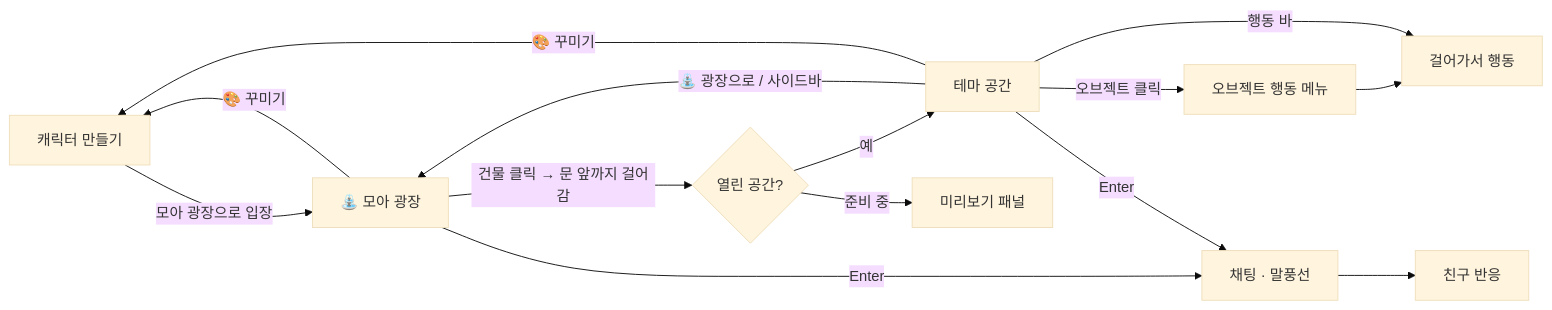
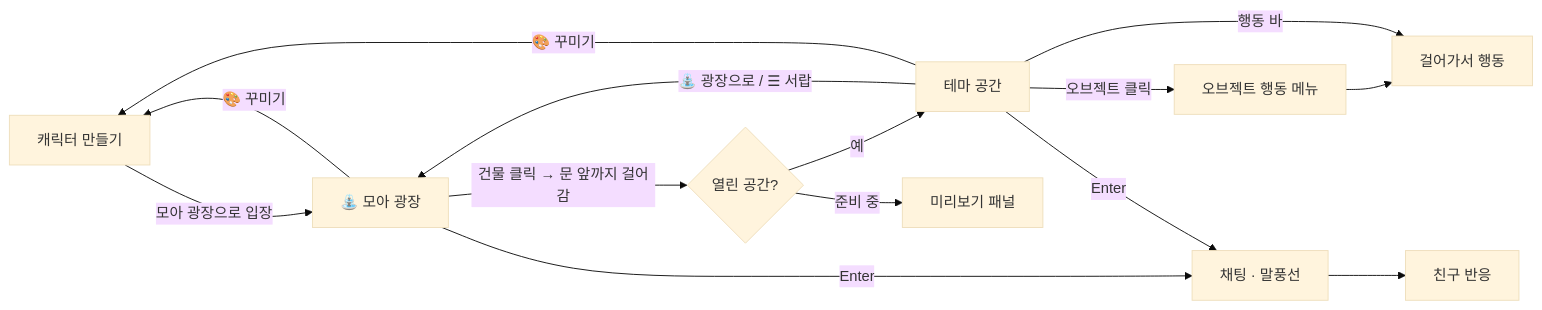
Before and after one commit to bbnayo23/MOA: the diagram in README.md, drawn with Mermaid (base theme). The commit also changed other lines of this file and 12 other files, not shown here.

````diff
--- a/README.md
+++ b/README.md
@@ -45,12 +46,12 @@
 ```mermaid
 flowchart LR
   A[캐릭터 만들기] -->|모아 광장으로 입장| H[⛲ 모아 광장]
   H -->|건물 클릭 → 문 앞까지 걸어감| D{열린 공간?}
   D -->|예| T[테마 공간]
   D -->|준비 중| P[미리보기 패널]
-  T -->|⛲ 광장으로 / 사이드바| H
+  T -->|⛲ 광장으로 / ☰ 서랍| H
   T -->|오브젝트 클릭| M[오브젝트 행동 메뉴] --> X[걸어가서 행동]
   T -->|행동 바| X
   H & T -->|Enter| C[채팅 · 말풍선] --> R[친구 반응]
   H & T -->|🎨 꾸미기| A
 ```
````
